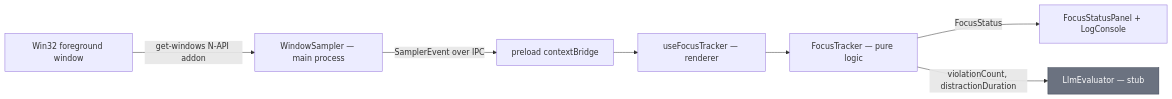
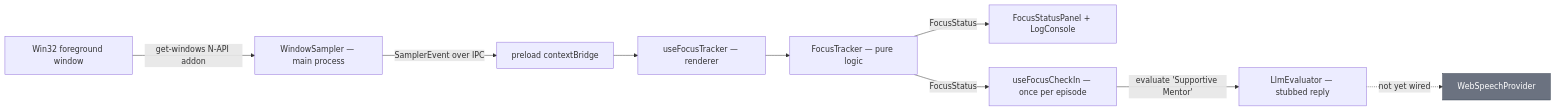
Before and after one commit to Masterslayer7/FocusSentinel: the first of 4 diagrams in src/renderer/services/focus/CONTEXT.md, drawn with Mermaid. The commit also changed other lines of this file and 10 other files, not shown here.

First line of the commit message:
feat(focus): check in with LlmEvaluator once per distraction (Milestone 5)

````diff
--- a/src/renderer/services/focus/CONTEXT.md
+++ b/src/renderer/services/focus/CONTEXT.md
@@ -33,11 +36,14 @@
 ```mermaid
 graph LR
     OS[Win32 foreground window] -->|get-windows N-API addon| Sampler[WindowSampler — main process]
     Sampler -->|SamplerEvent over IPC| Bridge[preload contextBridge]
     Bridge --> Hook[useFocusTracker — renderer]
     Hook --> Tracker[FocusTracker — pure logic]
     Tracker -->|FocusStatus| UI[FocusStatusPanel + LogConsole]
-    Tracker -->|violationCount, distractionDuration| Llm[LlmEvaluator — stub]
+    Tracker -->|FocusStatus| CheckIn[useFocusCheckIn — once per episode]
+    CheckIn -->|evaluate 'Supportive Mentor'| Llm[LlmEvaluator — stubbed reply]
+    Llm -.not yet wired.-> TTS[WebSpeechProvider]
 
-    style Llm fill:#6b7280,stroke:#374151,color:#fff
+    style TTS fill:#6b7280,stroke:#374151,color:#fff
+
 ```
````
